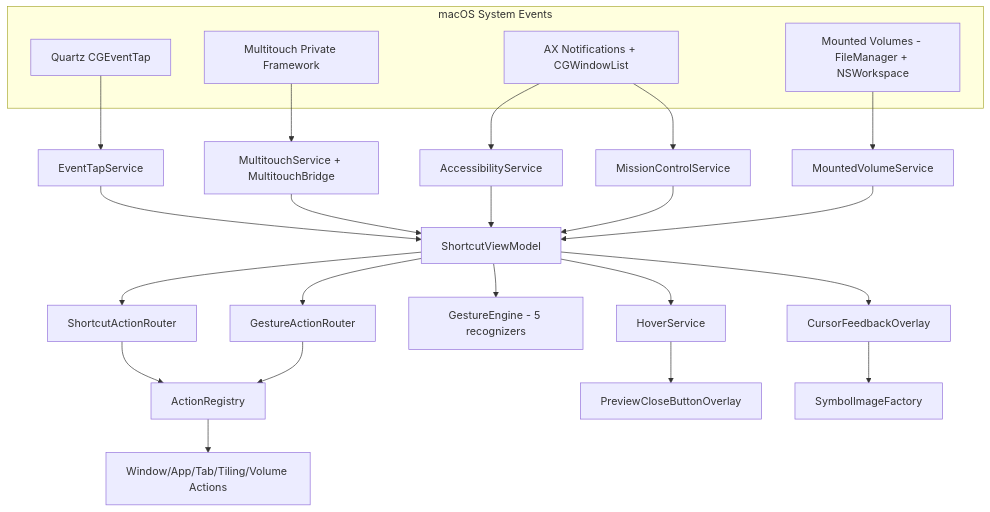
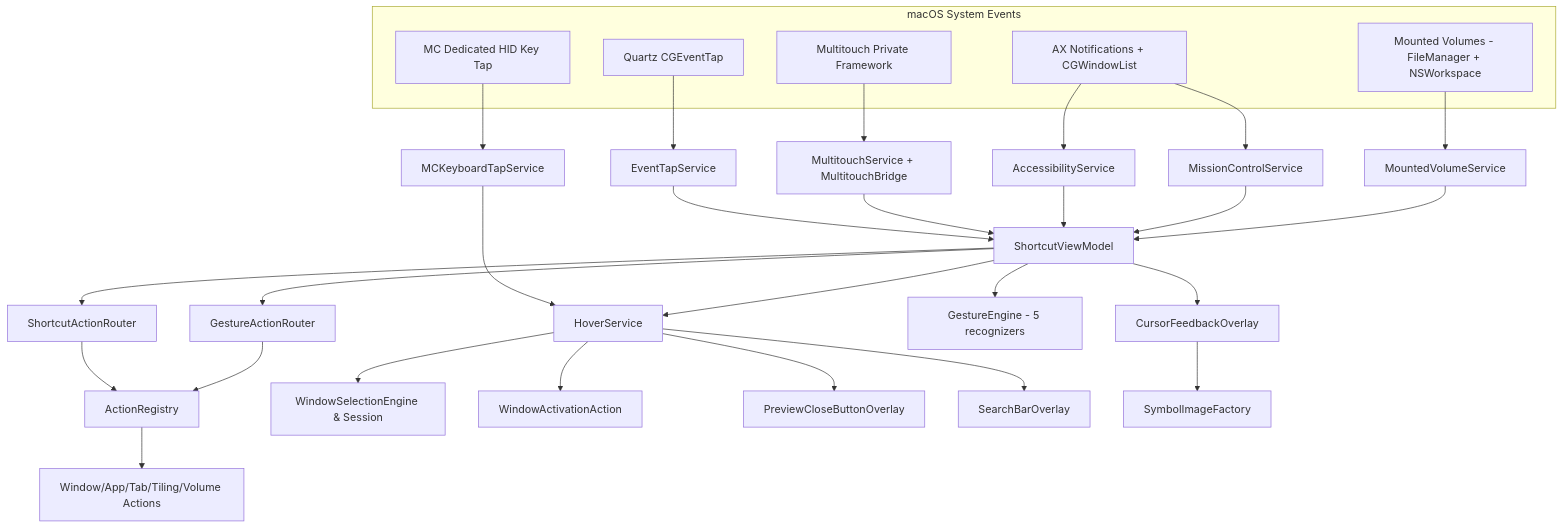
The first of 3 diagrams in docs/ARCHITECTURE.md (ShubhamJ010/MCSC), drawn with Mermaid before and after one commit. The commit also changed other lines of this file and 19 other files, not shown here.

````diff
--- a/docs/ARCHITECTURE.md
+++ b/docs/ARCHITECTURE.md
@@ -77,24 +83,30 @@
 ```mermaid
 flowchart TB
     subgraph System[macOS System Events]
       CG[Quartz CGEventTap]
+      KBD[MC Dedicated HID Key Tap]
       MT[Multitouch Private Framework]
       AX[AX Notifications + CGWindowList]
       VOL[Mounted Volumes - FileManager + NSWorkspace]
     end
     CG --> ETS[EventTapService]
+    KBD --> KTS[MCKeyboardTapService]
     MT --> MTS[MultitouchService + MultitouchBridge]
     AX --> ACS[AccessibilityService]
     AX --> MCS[MissionControlService]
     VOL --> MVS[MountedVolumeService]
     ETS & MTS & ACS & MCS & MVS --> VM[ShortcutViewModel]
+    KTS --> HS[HoverService]
     VM --> SR[ShortcutActionRouter]
     VM --> GR[GestureActionRouter]
     VM --> GE[GestureEngine - 5 recognizers]
-    VM --> HS[HoverService]
+    VM --> HS
     VM --> CF[CursorFeedbackOverlay]
     SR & GR --> REG[ActionRegistry]
     REG --> WA[Window/App/Tab/Tiling/Volume Actions]
+    HS --> WSE[WindowSelectionEngine & Session]
+    HS --> WAA[WindowActivationAction]
     HS --> PCO[PreviewCloseButtonOverlay]
+    HS --> SBO[SearchBarOverlay]
     CF --> SF[SymbolImageFactory]
 ```
````
